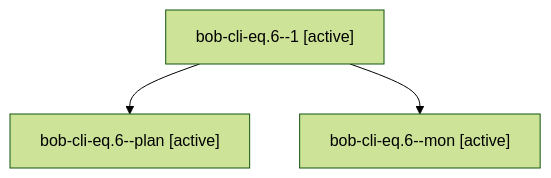
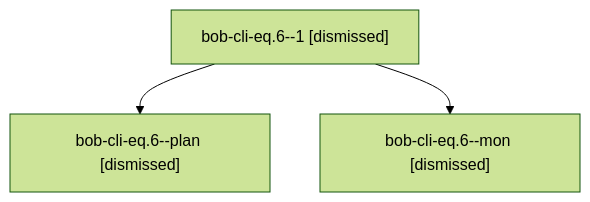
One commit to bobs-org/bob-cli--agents changed the diagram in sessions/bbugyi200.apollo.bob-cli-eq.6.md. Above: the diagram before and after it, drawn with Mermaid (forest theme). The commit also changed other lines of this file and 310 other files, not shown here.

````diff
--- a/sessions/bbugyi200.apollo.bob-cli-eq.6.md
+++ b/sessions/bbugyi200.apollo.bob-cli-eq.6.md
@@ -9,8 +9,8 @@
 ```mermaid
 flowchart TD
-  n0["bob-cli-eq.6--1 [active]"]
-  n1["bob-cli-eq.6--plan [active]"]
+  n0["bob-cli-eq.6--1 [dismissed]"]
+  n1["bob-cli-eq.6--plan [dismissed]"]
   n0 --> n1
-  n2["bob-cli-eq.6--mon [active]"]
+  n2["bob-cli-eq.6--mon [dismissed]"]
   n0 --> n2
 ```
````
